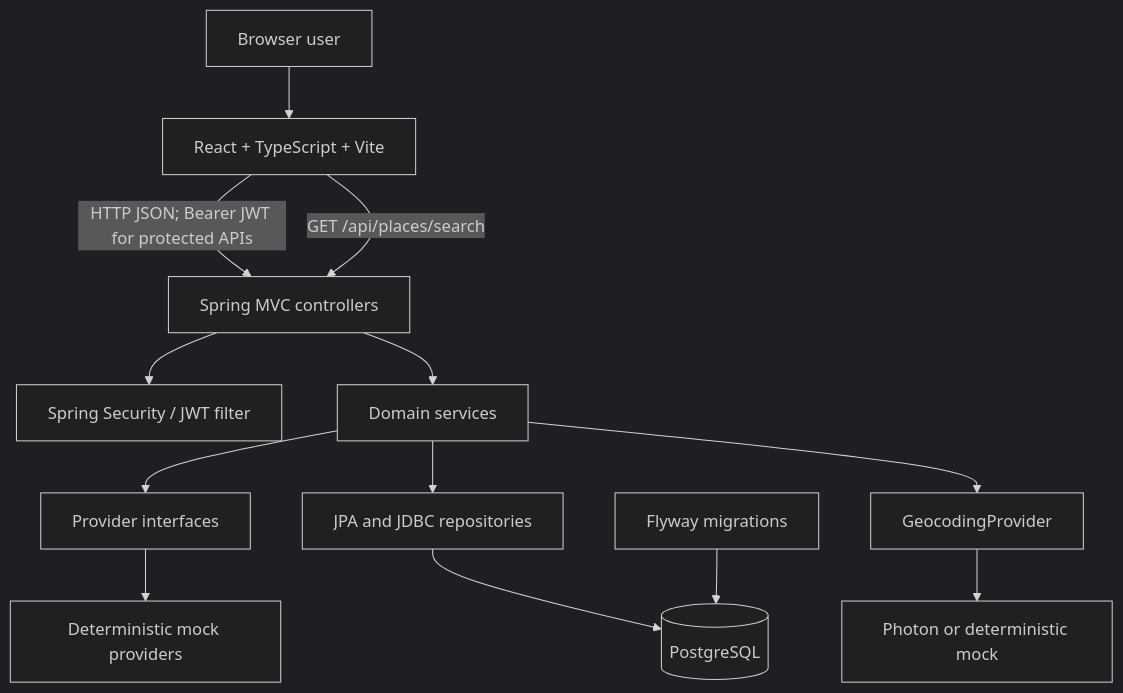
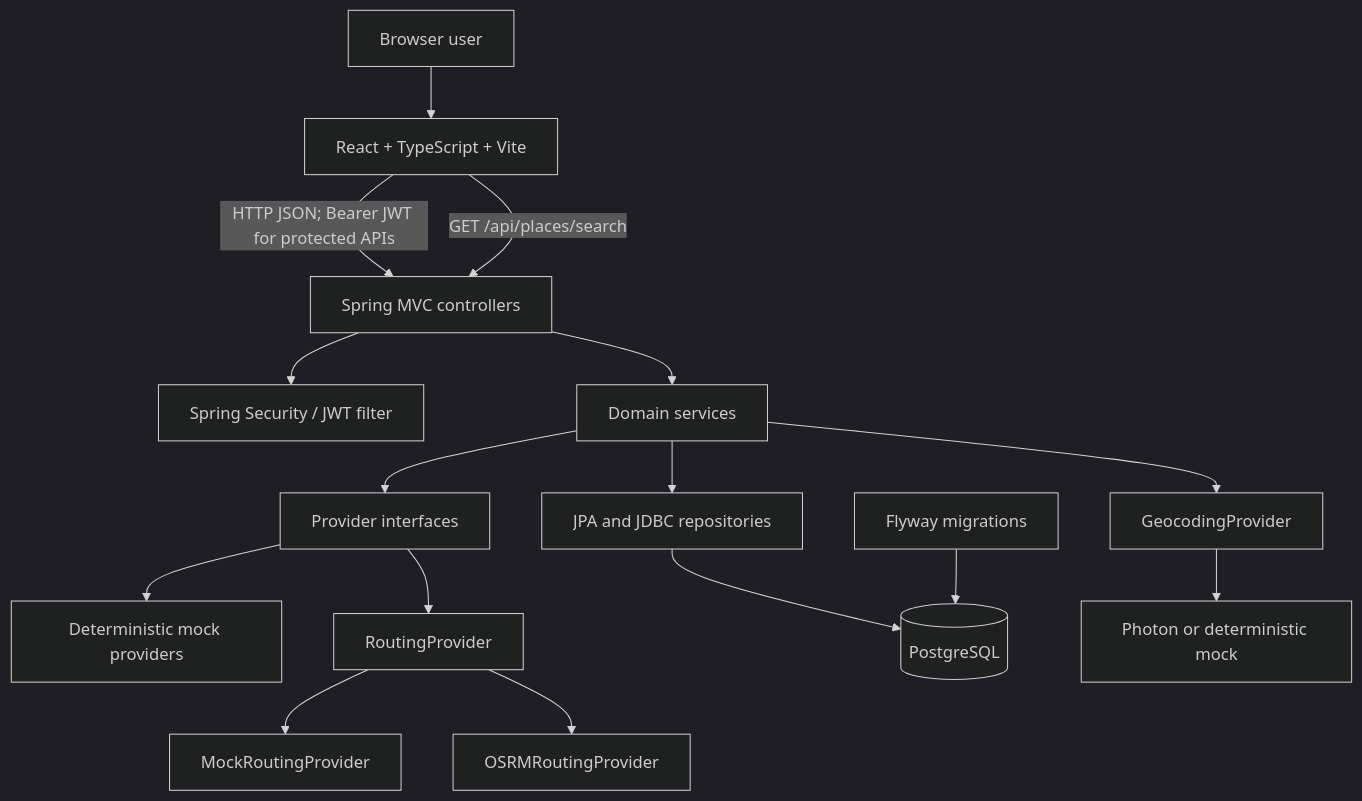
The first of 7 diagrams in docs/handoff/ARCHITECTURE_DETAILED.md (AarishSharmaComp/CleanRoute), drawn with Mermaid (dark theme) before and after one commit. The commit also changed other lines of this file and 17 other files, not shown here.

Commit message:
Add OSRM routing provider architecture

````diff
--- a/docs/handoff/ARCHITECTURE_DETAILED.md
+++ b/docs/handoff/ARCHITECTURE_DETAILED.md
@@ -9,15 +9,18 @@
 ```mermaid
 flowchart TD
   U[Browser user] --> FE[React + TypeScript + Vite]
   FE -->|HTTP JSON; Bearer JWT for protected APIs| API[Spring MVC controllers]
   API --> SEC[Spring Security / JWT filter]
   API --> SVC[Domain services]
   SVC --> P[Provider interfaces]
   P --> MOCK[Deterministic mock providers]
+  P --> ROUTING[RoutingProvider]
+  ROUTING --> MOCKROUTE[MockRoutingProvider]
+  ROUTING --> OSRM[OSRMRoutingProvider]
   SVC --> REPO[JPA and JDBC repositories]
   REPO --> DB[(PostgreSQL)]
   MIG[Flyway migrations] --> DB
   FE -->|GET /api/places/search| API
   SVC --> GEO[GeocodingProvider]
   GEO --> PHOTON[Photon or deterministic mock]
 ```
````
